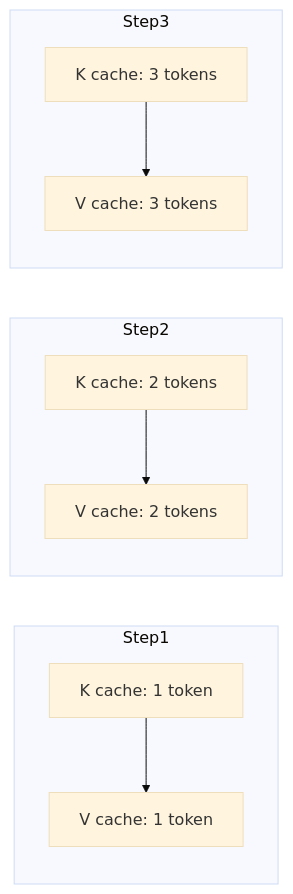
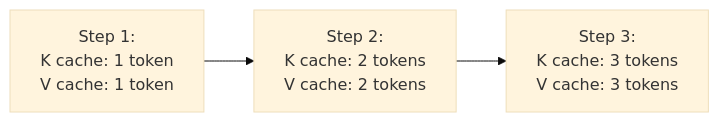
Diagram 21 of 37 in lab0.2/README.md (Shahriarin2garden/vllm_from_scratch), drawn with Mermaid (base theme) before and after one commit. The commit also changed other lines of this file, not shown here.

Commit message:
Refactor diagrams in README.md for improved clarity and consistency

````diff
--- a/lab0.2/README.md
+++ b/lab0.2/README.md
@@ -750,12 +661,5 @@
 ```mermaid
 graph LR
-    subgraph Step1
-        K1[K cache: 1 token] --> V1[V cache: 1 token]
-    end
-    subgraph Step2
-        K2[K cache: 2 tokens] --> V2[V cache: 2 tokens]
-    end
-    subgraph Step3
-        K3[K cache: 3 tokens] --> V3[V cache: 3 tokens]
-    end
+    K1["Step 1:<br/>K cache: 1 token<br/>V cache: 1 token"] --> K2["Step 2:<br/>K cache: 2 tokens<br/>V cache: 2 tokens"]
+    K2 --> K3["Step 3:<br/>K cache: 3 tokens<br/>V cache: 3 tokens"]
 ```
````
